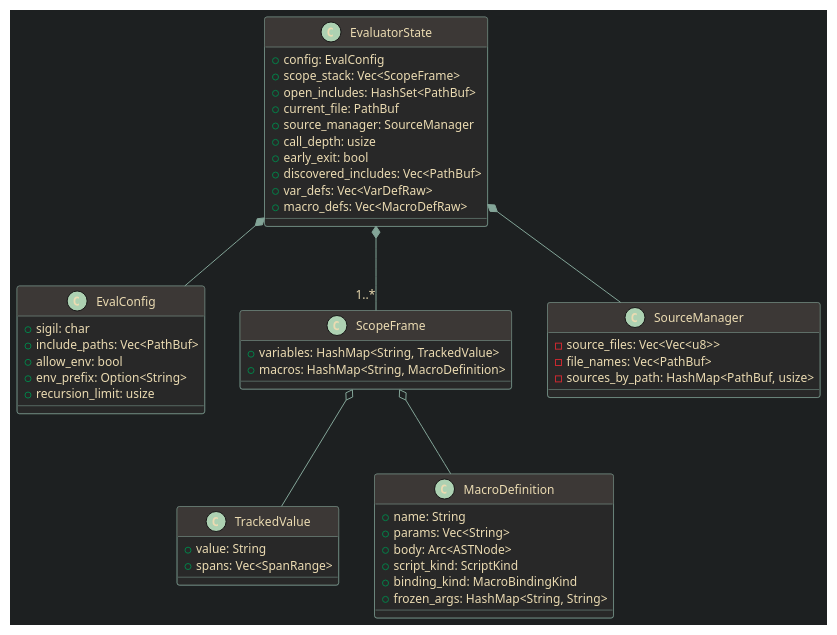
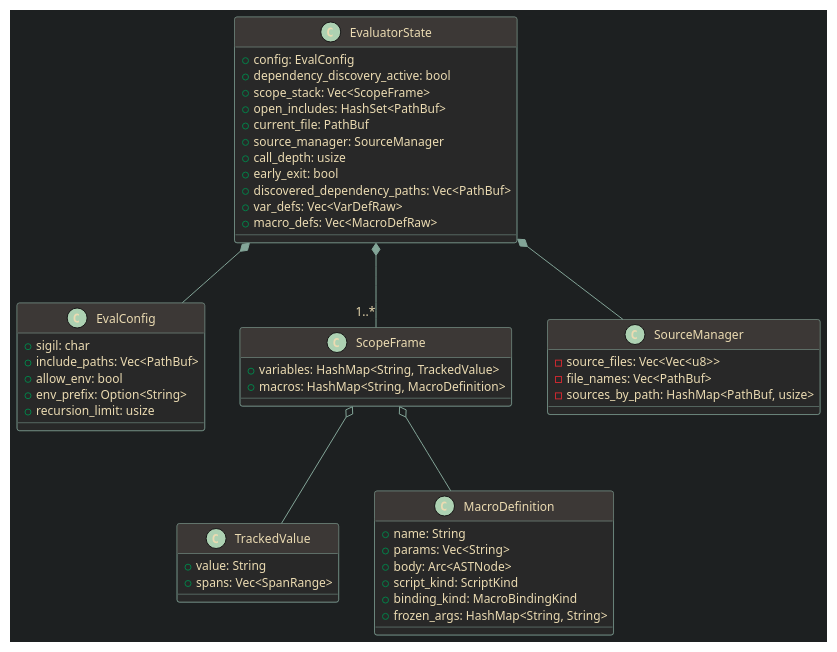
Before and after one commit to giannifer7/weaveback: the diagram in crates/weaveback-macro/src/evaluator/state.adoc, drawn with PlantUML. The commit also changed other lines of this file and 10 other files, not shown here.

Commit message:
Clarify internal dependency discovery naming

```diff
--- a/crates/weaveback-macro/src/evaluator/state.adoc
+++ b/crates/weaveback-macro/src/evaluator/state.adoc
@@ -54,66 +54,67 @@
 [plantuml,format=svg]
 ----
 @startuml
 skinparam backgroundColor #1d2021
 skinparam defaultFontColor #ebdbb2
 skinparam defaultFontSize 12
 skinparam ArrowColor #83a598
 skinparam ClassBorderColor #83a598
 skinparam ClassBackgroundColor #282828
 skinparam ClassFontColor #ebdbb2
 skinparam ClassHeaderBackgroundColor #3c3836
 skinparam ClassStereotypeFontColor #8ec07c
 
 class EvalConfig {
   +sigil: char
   +include_paths: Vec<PathBuf>
   +allow_env: bool
   +env_prefix: Option<String>
   +recursion_limit: usize
 }
 
 class ScopeFrame {
   +variables: HashMap<String, TrackedValue>
   +macros: HashMap<String, MacroDefinition>
 }
 
 class TrackedValue {
   +value: String
   +spans: Vec<SpanRange>
 }
 
 class MacroDefinition {
   +name: String
   +params: Vec<String>
   +body: Arc<ASTNode>
   +script_kind: ScriptKind
   +binding_kind: MacroBindingKind
   +frozen_args: HashMap<String, String>
 }
 
 class SourceManager {
   -source_files: Vec<Vec<u8>>
   -file_names: Vec<PathBuf>
   -sources_by_path: HashMap<PathBuf, usize>
 }
 
 class EvaluatorState {
   +config: EvalConfig
+  +dependency_discovery_active: bool
   +scope_stack: Vec<ScopeFrame>
   +open_includes: HashSet<PathBuf>
   +current_file: PathBuf
   +source_manager: SourceManager
   +call_depth: usize
   +early_exit: bool
-  +discovered_includes: Vec<PathBuf>
+  +discovered_dependency_paths: Vec<PathBuf>
   +var_defs: Vec<VarDefRaw>
   +macro_defs: Vec<MacroDefRaw>
 }
 
 EvaluatorState *-- EvalConfig
 EvaluatorState *-- "1..*" ScopeFrame
 EvaluatorState *-- SourceManager
 ScopeFrame o-- TrackedValue
 ScopeFrame o-- MacroDefinition
 @enduml
 ----
```
